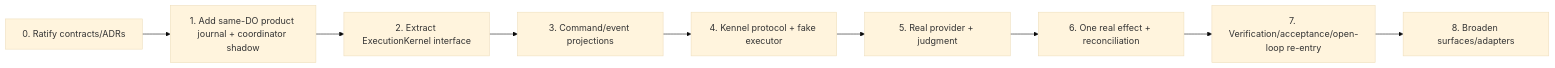
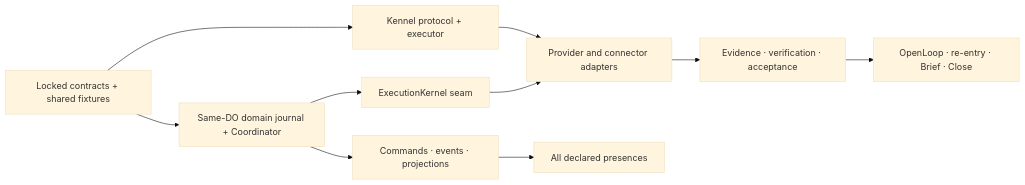
One commit to waldoco/waldo-backend changed diagram 15 of 16 in docs/planning/WALDO_FINAL_HOME_WORK_BACKEND_ARCHITECTURE_PLAN_2026-08-04.md. Above: the diagram before and after it, drawn with Mermaid (base theme). The commit also changed other lines of this file and 5 other files, not shown here.

Commit message:
docs: lock whole-product Waldo architecture (why: start backend and Kennel builds)

````diff
--- a/docs/planning/WALDO_FINAL_HOME_WORK_BACKEND_ARCHITECTURE_PLAN_2026-08-04.md
+++ b/docs/planning/WALDO_FINAL_HOME_WORK_BACKEND_ARCHITECTURE_PLAN_2026-08-04.md
@@ -954,11 +1037,12 @@
 ```mermaid
 flowchart LR
-  P0["0. Ratify contracts/ADRs"] --> P1["1. Add same-DO product journal + coordinator shadow"]
-  P1 --> P2["2. Extract ExecutionKernel interface"]
-  P2 --> P3["3. Command/event projections"]
-  P3 --> P4["4. Kennel protocol + fake executor"]
-  P4 --> P5["5. Real provider + judgment"]
-  P5 --> P6["6. One real effect + reconciliation"]
-  P6 --> P7["7. Verification/acceptance/open-loop re-entry"]
-  P7 --> P8["8. Broaden surfaces/adapters"]
+  Contracts["Locked contracts + shared fixtures"] --> Domain["Same-DO domain journal + Coordinator"]
+  Contracts --> Kennel["Kennel protocol + executor"]
+  Domain --> Kernel["ExecutionKernel seam"]
+  Domain --> Projection["Commands · events · projections"]
+  Kernel --> Providers["Provider and connector adapters"]
+  Kennel --> Providers
+  Projection --> Surfaces["All declared presences"]
+  Providers --> Truth["Evidence · verification · acceptance"]
+  Truth --> Continuity["OpenLoop · re-entry · Brief · Close"]
 ```
````
